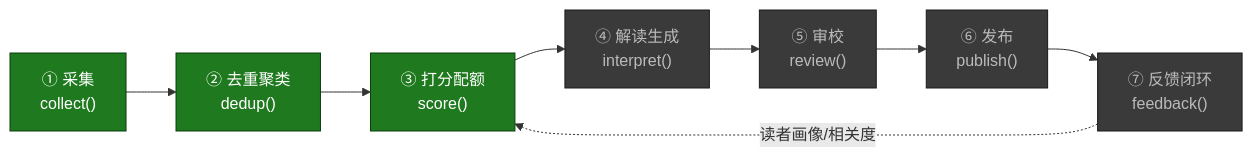
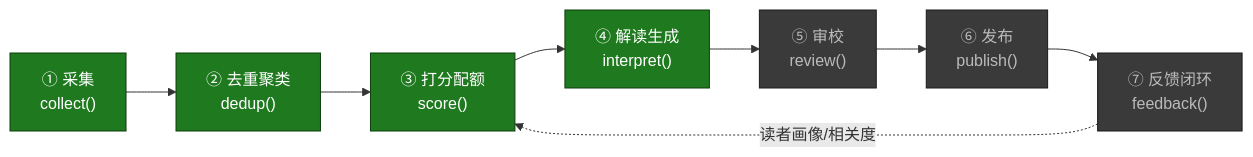
The first of 3 diagrams in docs/ROADMAP.md (ai-newsday/core), drawn with Mermaid before and after one commit. The commit also changed other lines of this file, not shown here.

Commit message:
docs: ROADMAP — mark interpret layer (Circle 4) done

````diff
--- a/docs/ROADMAP.md
+++ b/docs/ROADMAP.md
@@ -10,17 +10,17 @@
 ```mermaid
 flowchart LR
     C1["① 采集<br/>collect()"]:::done
     C2["② 去重聚类<br/>dedup()"]:::done
     C3["③ 打分配额<br/>score()"]:::done
-    C4["④ 解读生成<br/>interpret()"]:::todo
+    C4["④ 解读生成<br/>interpret()"]:::done
     C5["⑤ 审校<br/>review()"]:::todo
     C6["⑥ 发布<br/>publish()"]:::todo
     C7["⑦ 反馈闭环<br/>feedback()"]:::todo
 
     C1 --> C2 --> C3 --> C4 --> C5 --> C6 --> C7
     C7 -.读者画像/相关度.-> C3
 
     classDef done fill:#1f7a1f,stroke:#0d3d0d,color:#fff;
     classDef spec fill:#b58900,stroke:#6b4f00,color:#fff;
     classDef todo fill:#3a3a3a,stroke:#1a1a1a,color:#bbb;
 ```
````
